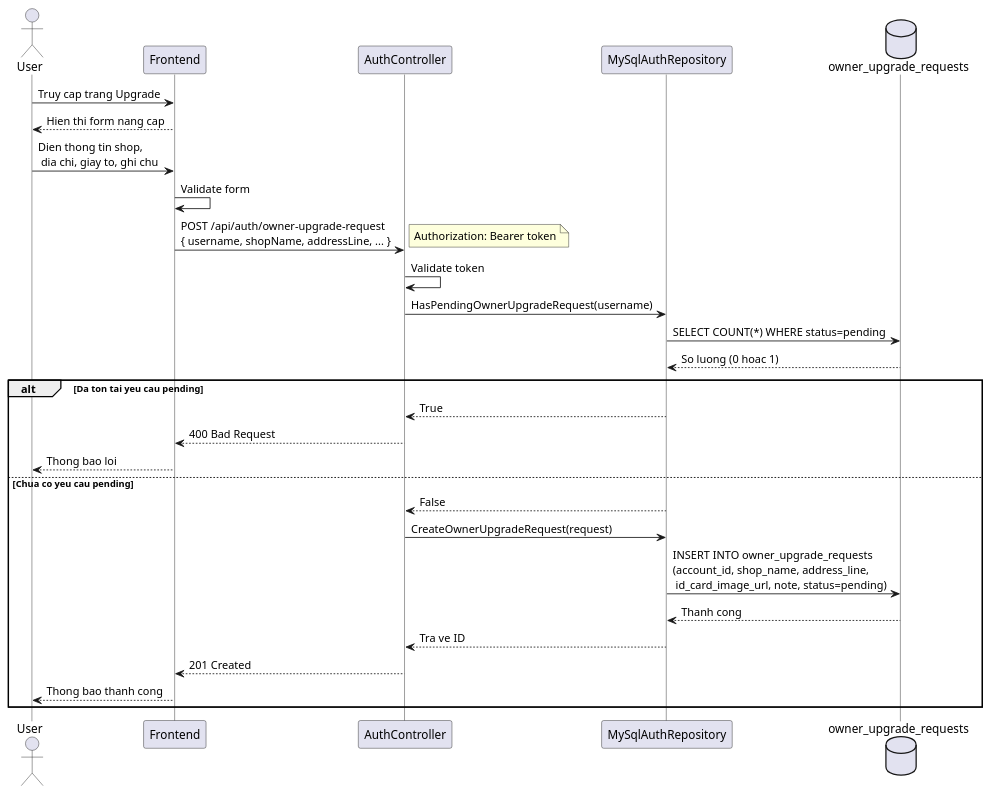
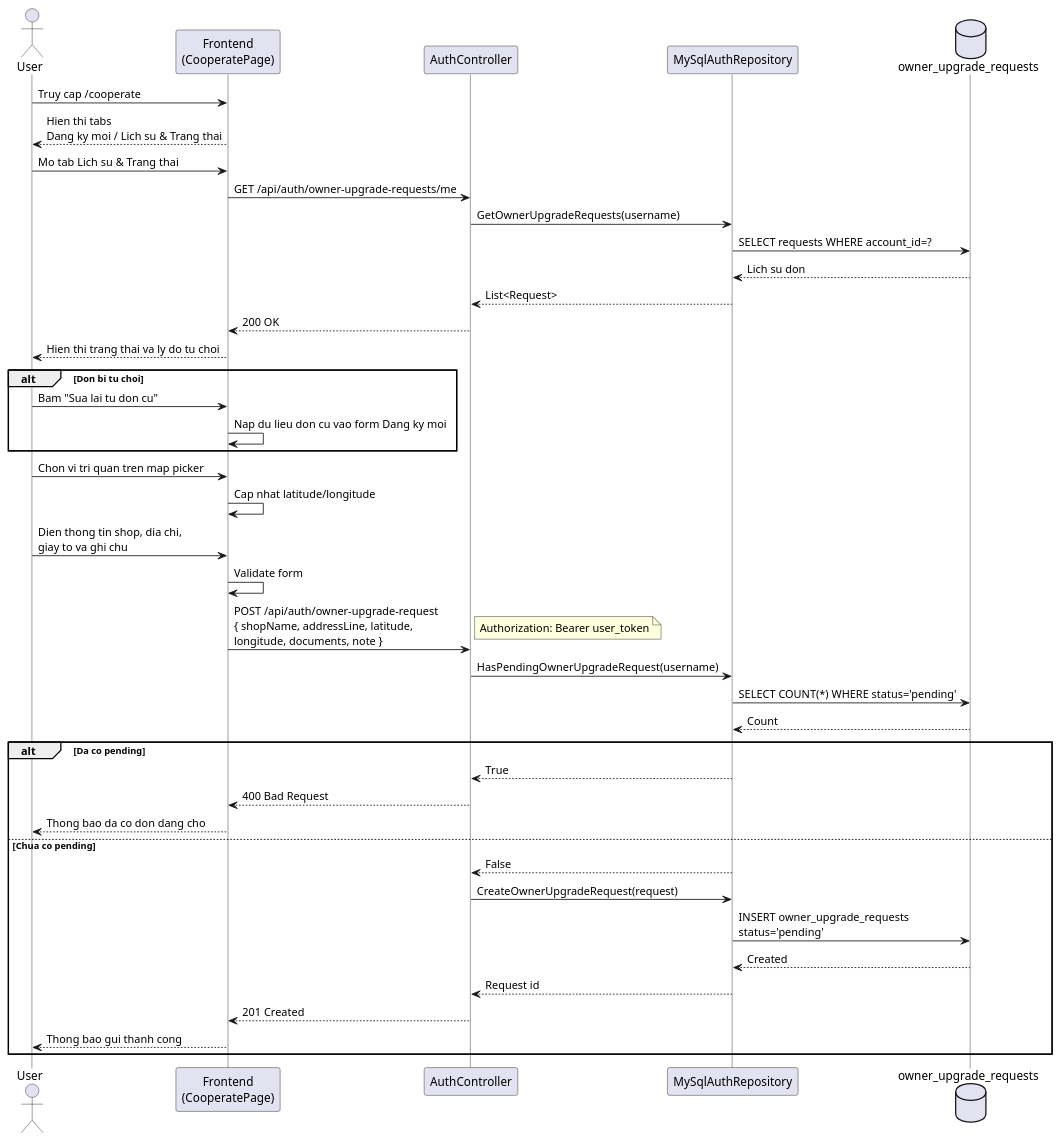
One commit to MinhMafia/DiDuDuaDi changed the diagram in Đặc tả wed/sequence_21_user_upgrade_request.puml. Above: the diagram before and after it, drawn with PlantUML. The commit also changed 42 other files, not shown here.

Commit message:
Update owner shop interface and API for managing owner upgrade requests

```diff
--- a/Đặc tả wed/sequence_21_user_upgrade_request.puml
+++ b/Đặc tả wed/sequence_21_user_upgrade_request.puml
@@ -1,46 +1,58 @@
 @startuml sequence_21_user_upgrade_request
 skinparam backgroundColor White
 skinparam sequenceFontSize 11
 skinparam sequenceFontName "Times New Roman"
 skinparam lifelineStrategy nosolid
 
 actor User
-participant "Frontend" as FE
+participant "Frontend\n(CooperatePage)" as FE
 participant "AuthController" as Ctrl
 participant "MySqlAuthRepository" as Repo
 database "owner_upgrade_requests" as DB
 
-User -> FE: Truy cap trang Upgrade
-FE --> User: Hien thi form nang cap
+User -> FE: Truy cap /cooperate
+FE --> User: Hien thi tabs\nDang ky moi / Lich su & Trang thai
 
-User -> FE: Dien thong tin shop,\n dia chi, giay to, ghi chu
+User -> FE: Mo tab Lich su & Trang thai
+FE -> Ctrl: GET /api/auth/owner-upgrade-requests/me
+Ctrl -> Repo: GetOwnerUpgradeRequests(username)
+Repo -> DB: SELECT requests WHERE account_id=?
+DB --> Repo: Lich su don
+Repo --> Ctrl: List<Request>
+Ctrl --> FE: 200 OK
+FE --> User: Hien thi trang thai va ly do tu choi
 
+alt Don bi tu choi
+  User -> FE: Bam "Sua lai tu don cu"
+  FE -> FE: Nap du lieu don cu vao form Dang ky moi
+end
+
+User -> FE: Chon vi tri quan tren map picker
+FE -> FE: Cap nhat latitude/longitude
+User -> FE: Dien thong tin shop, dia chi,\ngiay to va ghi chu
 FE -> FE: Validate form
 
-FE -> Ctrl: POST /api/auth/owner-upgrade-request\n{ username, shopName, addressLine, ... }
+FE -> Ctrl: POST /api/auth/owner-upgrade-request\n{ shopName, addressLine, latitude,\nlongitude, documents, note }
 note right
-  Authorization: Bearer token
+  Authorization: Bearer user_token
 end note
 
-Ctrl -> Ctrl: Validate token
+Ctrl -> Repo: HasPendingOwnerUpgradeRequest(username)
+Repo -> DB: SELECT COUNT(*) WHERE status='pending'
+DB --> Repo: Count
 
-Ctrl -> Repo: HasPendingOwnerUpgradeRequest(username)
-Repo -> DB: SELECT COUNT(*) WHERE status=pending
-DB --> Repo: So luong (0 hoac 1)
-
-alt Da ton tai yeu cau pending
+alt Da co pending
   Repo --> Ctrl: True
   Ctrl --> FE: 400 Bad Request
-  FE --> User: Thong bao loi
-else Chua co yeu cau pending
+  FE --> User: Thong bao da co don dang cho
+else Chua co pending
   Repo --> Ctrl: False
-  
   Ctrl -> Repo: CreateOwnerUpgradeRequest(request)
-  Repo -> DB: INSERT INTO owner_upgrade_requests\n(account_id, shop_name, address_line,\n id_card_image_url, note, status=pending)
-  DB --> Repo: Thanh cong
-  Repo --> Ctrl: Tra ve ID
+  Repo -> DB: INSERT owner_upgrade_requests\nstatus='pending'
+  DB --> Repo: Created
+  Repo --> Ctrl: Request id
   Ctrl --> FE: 201 Created
-  FE --> User: Thong bao thanh cong
+  FE --> User: Thong bao gui thanh cong
 end
 
 @enduml
```
